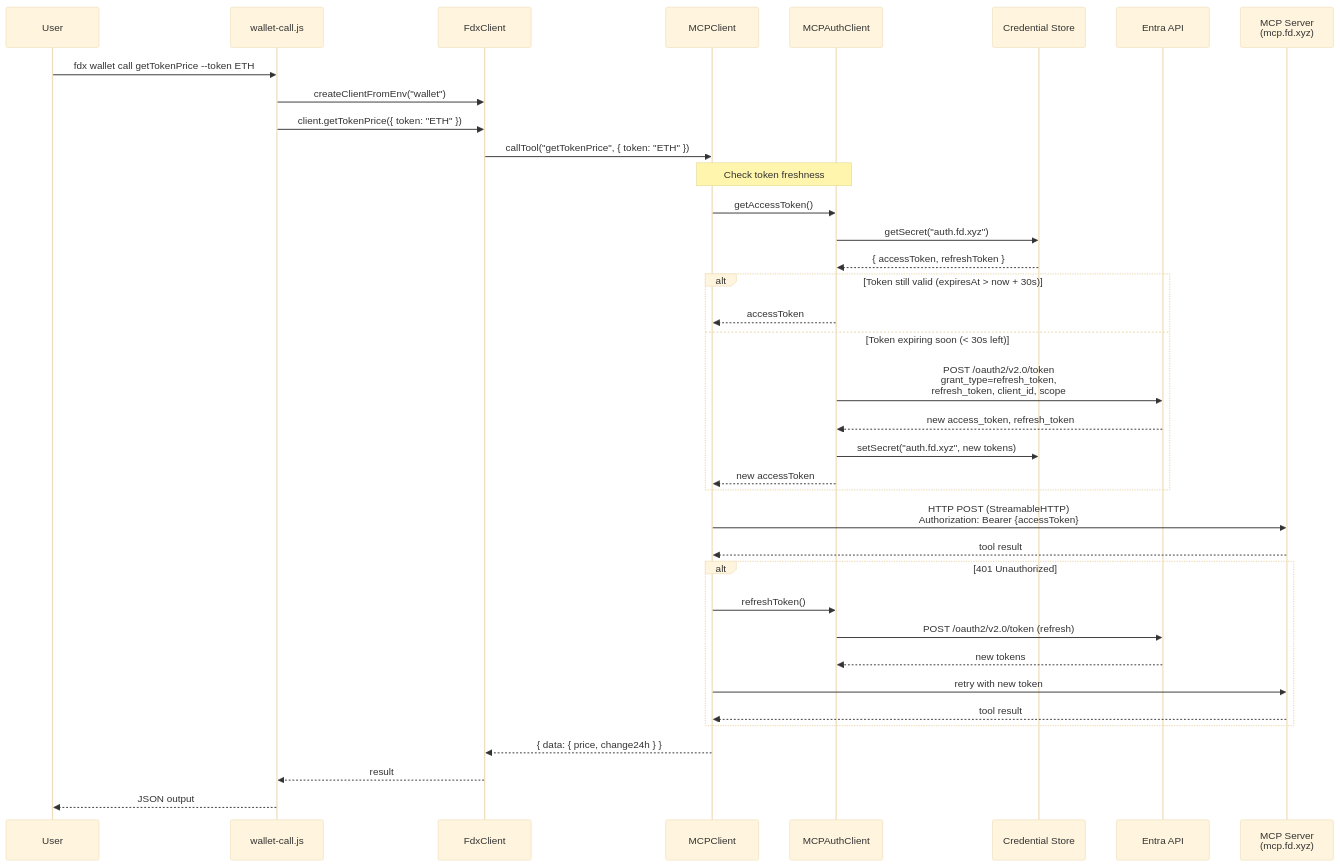
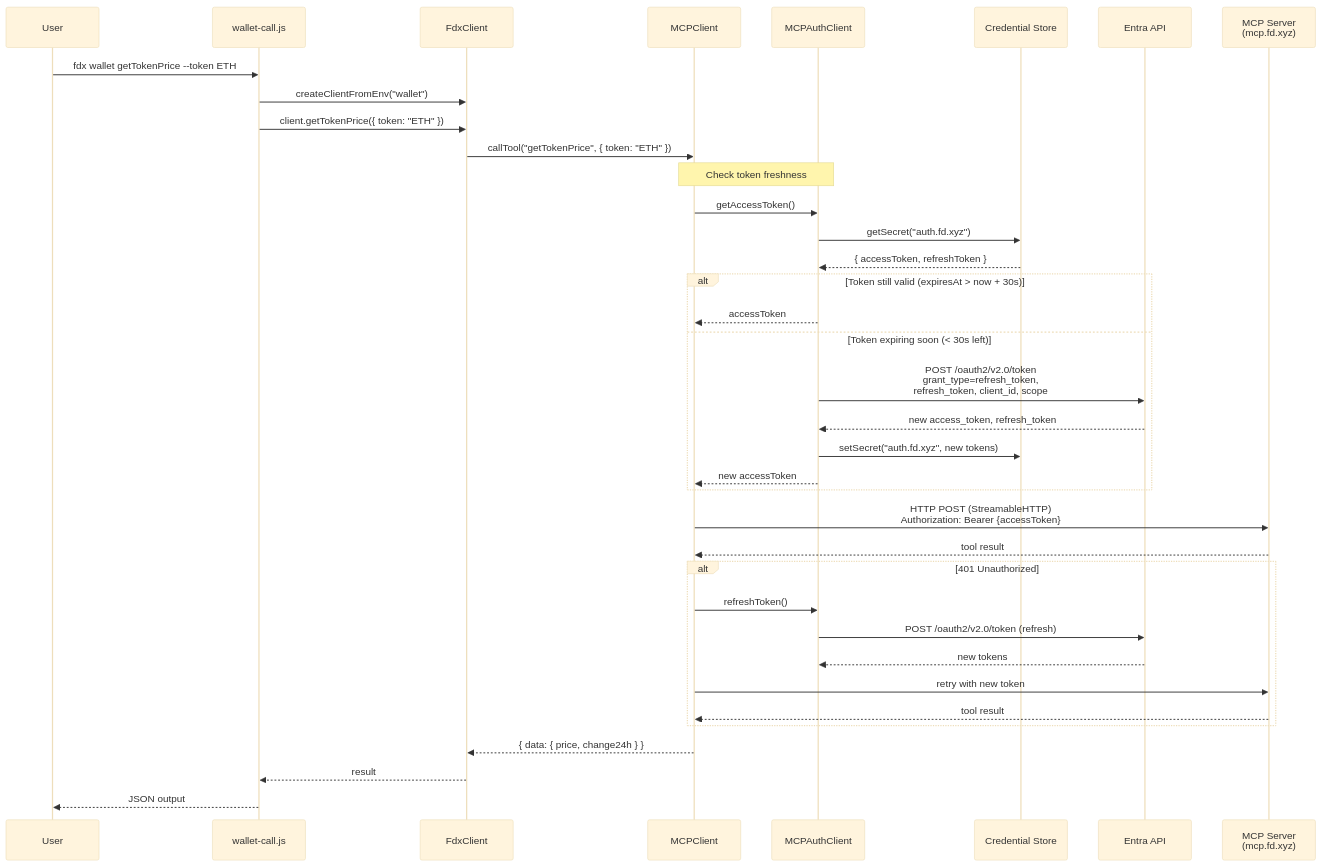
The fifth of 7 diagrams in docs/AUTH-FLOW.md (financedistrict-platform/fd-agent-wallet-cli), drawn with Mermaid (base theme) before and after one commit. The commit also changed 22 other files, not shown here.

````diff
--- a/docs/AUTH-FLOW.md
+++ b/docs/AUTH-FLOW.md
@@ -201,45 +201,45 @@
 ```mermaid
 sequenceDiagram
     participant U as User
     participant CLI as wallet-call.js
     participant FDX as FdxClient
     participant MCP as MCPClient
     participant AUTH as MCPAuthClient
     participant CRED as Credential Store
     participant ENTRA as Entra API
     participant SRV as MCP Server<br/>(mcp.fd.xyz)
 
-    U->>CLI: fdx wallet call getTokenPrice --token ETH
+    U->>CLI: fdx wallet getTokenPrice --token ETH
     CLI->>FDX: createClientFromEnv("wallet")
     CLI->>FDX: client.getTokenPrice({ token: "ETH" })
     FDX->>MCP: callTool("getTokenPrice", { token: "ETH" })
 
     Note over MCP,AUTH: Check token freshness
     MCP->>AUTH: getAccessToken()
     AUTH->>CRED: getSecret("auth.fd.xyz")
     CRED-->>AUTH: { accessToken, refreshToken }
 
     alt Token still valid (expiresAt > now + 30s)
         AUTH-->>MCP: accessToken
     else Token expiring soon (< 30s left)
         AUTH->>ENTRA: POST /oauth2/v2.0/token<br/>grant_type=refresh_token,<br/>refresh_token, client_id, scope
         ENTRA-->>AUTH: new access_token, refresh_token
         AUTH->>CRED: setSecret("auth.fd.xyz", new tokens)
         AUTH-->>MCP: new accessToken
     end
 
     MCP->>SRV: HTTP POST (StreamableHTTP)<br/>Authorization: Bearer {accessToken}
     SRV-->>MCP: tool result
 
     alt 401 Unauthorized
         MCP->>AUTH: refreshToken()
         AUTH->>ENTRA: POST /oauth2/v2.0/token (refresh)
         ENTRA-->>AUTH: new tokens
         MCP->>SRV: retry with new token
         SRV-->>MCP: tool result
     end
 
     MCP-->>FDX: { data: { price, change24h } }
     FDX-->>CLI: result
     CLI-->>U: JSON output
 ```
````
